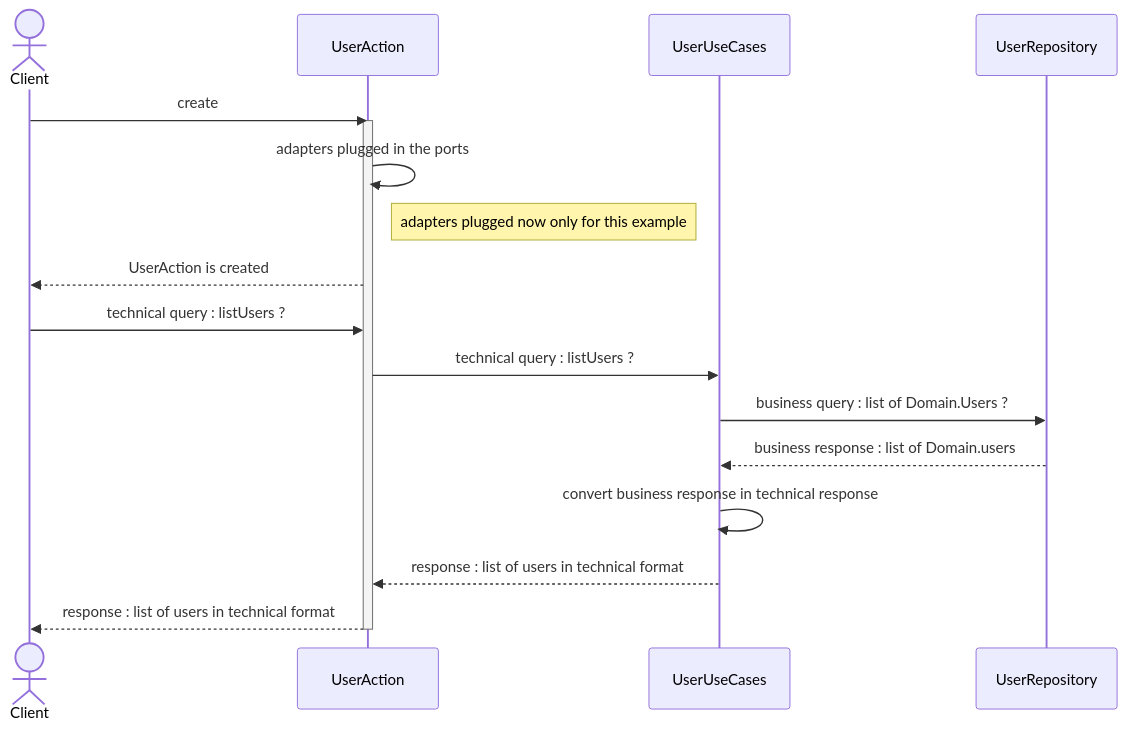
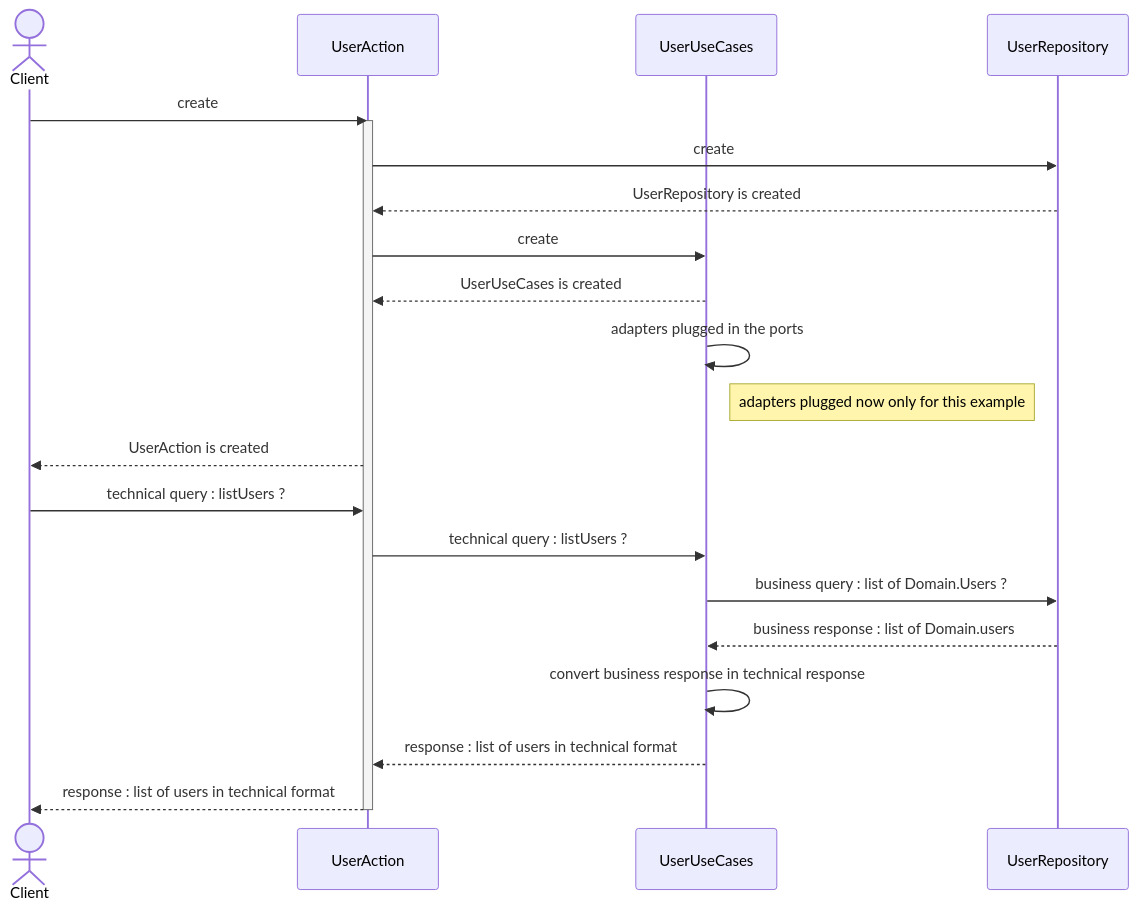
The diagram in README.md (jeandi7/hexagonal_part2), drawn with Mermaid before and after one commit.

````diff
--- a/README.md
+++ b/README.md
@@ -16,22 +16,26 @@
 ```mermaid
 sequenceDiagram
 actor Client
 participant UserAction
 participant UserUseCases
 participant UserRepository
 
 Client ->>UserAction : create
 activate UserAction
-UserAction ->>UserAction : adapters plugged in the ports
-Note right of UserAction : adapters plugged now only for this example
+UserAction ->>UserRepository : create
+UserRepository -->>UserAction : UserRepository is created
+UserAction ->>UserUseCases : create
+UserUseCases -->>UserAction : UserUseCases is created
+UserUseCases ->>UserUseCases : adapters plugged in the ports
+Note right of UserUseCases : adapters plugged now only for this example
 UserAction -->>Client: UserAction is created
 Client ->>UserAction : technical query : listUsers ?
 UserAction ->>UserUseCases : technical query : listUsers ?
 UserUseCases  ->>UserRepository : business query : list of Domain.Users ?
 UserRepository -->>UserUseCases : business response : list of Domain.users
 UserUseCases ->>UserUseCases : convert business response in technical response
 UserUseCases -->>UserAction : response : list of users in technical format
 UserAction -->>Client : response : list of users in technical format
 deactivate UserAction
 
 ```
````
